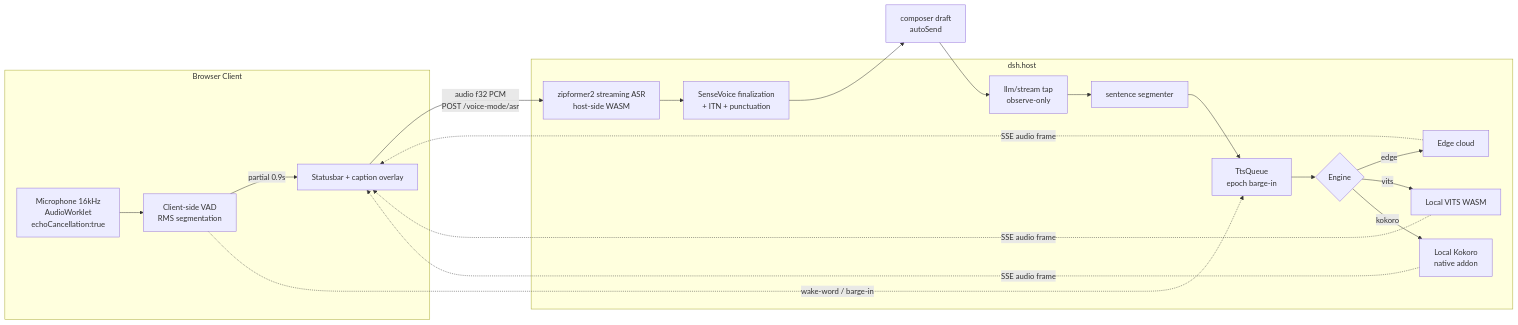
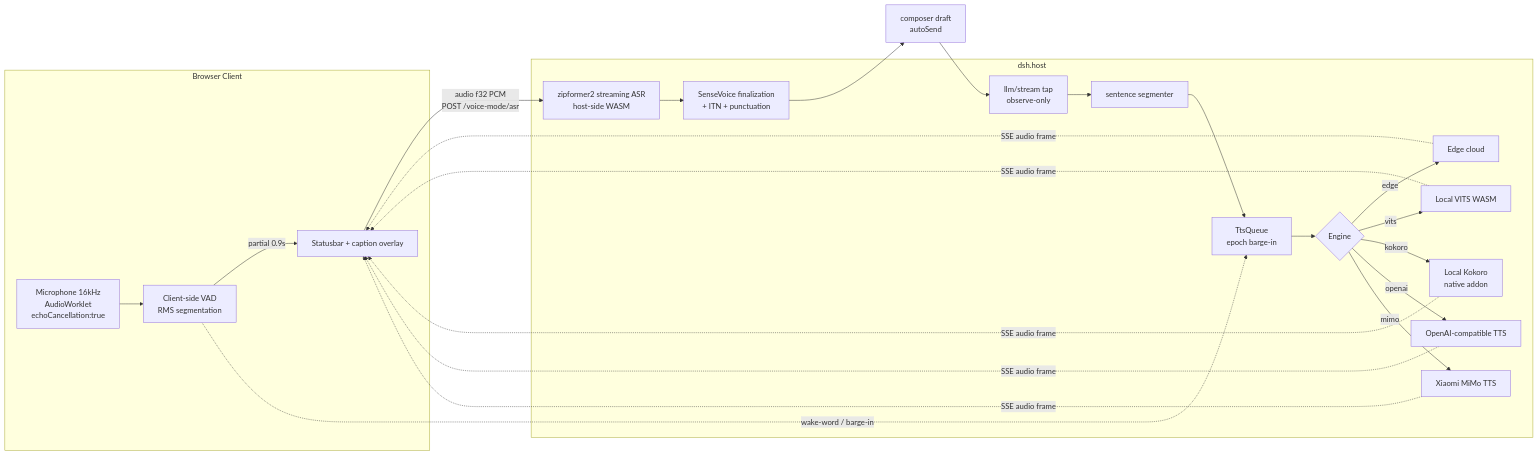
One commit to qishuilalala/dsh-voice-mode changed the diagram in plugin/dsh-voice-mode/README.en.md. Above: the diagram before and after it, drawn with Mermaid. The commit also changed other lines of this file and 49 other files, not shown here.

````diff
--- a/plugin/dsh-voice-mode/README.en.md
+++ b/plugin/dsh-voice-mode/README.en.md
@@ -295,34 +292,40 @@
 ```mermaid
 flowchart LR
     subgraph Client[Browser Client]
         Mic[Microphone 16kHz<br/>AudioWorklet<br/>echoCancellation:true] --> VAD[Client-side VAD<br/>RMS segmentation]
         VAD -->|partial 0.9s| UI[Statusbar + caption overlay]
     end
 
     subgraph Host[dsh.host]
         ASR[zipformer2 streaming ASR<br/>host-side WASM]
         SV[SenseVoice finalization<br/>+ ITN + punctuation]
         Tap[llm/stream tap<br/>observe-only]
         Seg[sentence segmenter]
         Q[TtsQueue<br/>epoch barge-in]
         TTS{Engine}
         Edge[Edge cloud]
         Vits[Local VITS WASM]
         Kokoro[Local Kokoro<br/>native addon]
+        OpenAI[OpenAI-compatible TTS]
+        MiMo[Xiaomi MiMo TTS]
     end
 
     UI -->|audio f32 PCM<br/>POST /voice-mode/asr| ASR
     ASR --> SV
     SV --> Draft[composer draft<br/>autoSend]
     Draft --> Tap
     Tap --> Seg
     Seg --> Q
     Q --> TTS
     TTS -->|edge| Edge
     TTS -->|vits| Vits
     TTS -->|kokoro| Kokoro
+    TTS -->|openai| OpenAI
+    TTS -->|mimo| MiMo
     Edge -.->|SSE audio frame| UI
     Vits -.->|SSE audio frame| UI
     Kokoro -.->|SSE audio frame| UI
+    OpenAI -.->|SSE audio frame| UI
+    MiMo -.->|SSE audio frame| UI
     VAD -.->|wake-word / barge-in| Q
 ```
````
